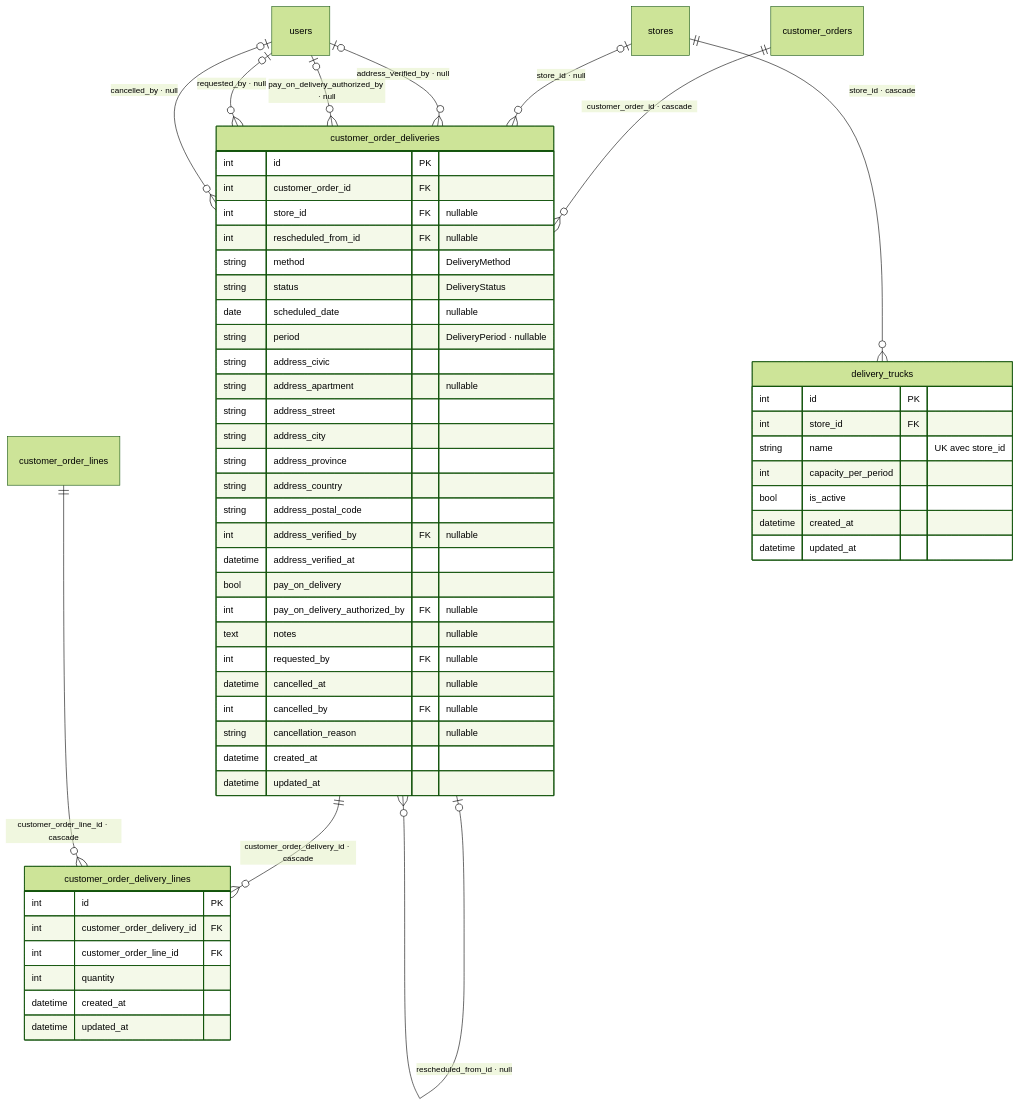
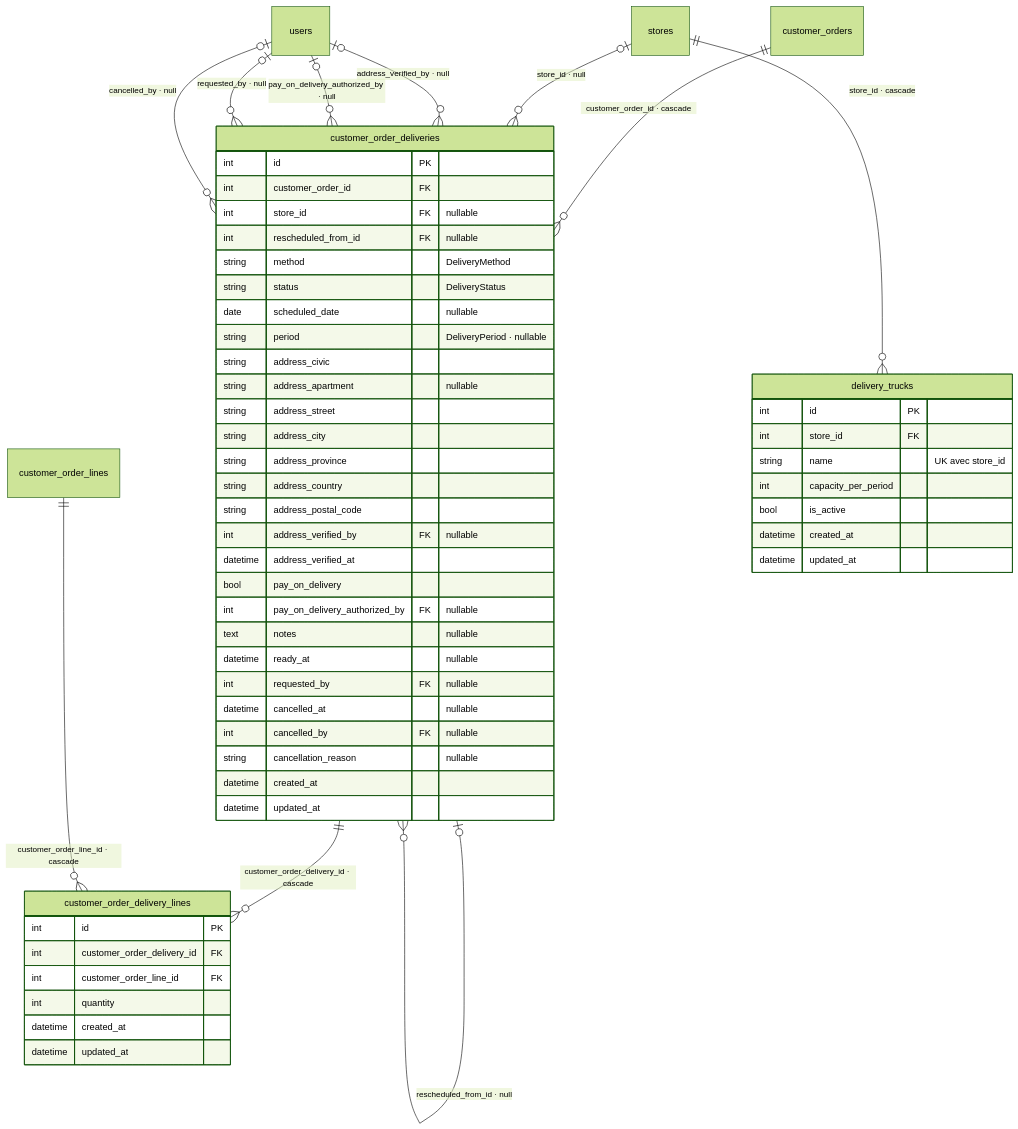
The third of 9 diagrams in dkor/docs/data-model.md (sebastienmarley/dkorpos), drawn with Mermaid (forest theme) before and after one commit. The commit also changed other lines of this file and 36 other files, not shown here.

````diff
--- a/dkor/docs/data-model.md
+++ b/dkor/docs/data-model.md
@@ -281,64 +284,65 @@
 ```mermaid
 erDiagram
     customer_orders ||--o{ customer_order_deliveries : "customer_order_id · cascade"
     stores |o--o{ customer_order_deliveries : "store_id · null"
     customer_order_deliveries |o--o{ customer_order_deliveries : "rescheduled_from_id · null"
     users |o--o{ customer_order_deliveries : "address_verified_by · null"
     users |o--o{ customer_order_deliveries : "pay_on_delivery_authorized_by · null"
     users |o--o{ customer_order_deliveries : "requested_by · null"
     users |o--o{ customer_order_deliveries : "cancelled_by · null"
     customer_order_deliveries ||--o{ customer_order_delivery_lines : "customer_order_delivery_id · cascade"
     customer_order_lines ||--o{ customer_order_delivery_lines : "customer_order_line_id · cascade"
     stores ||--o{ delivery_trucks : "store_id · cascade"
     customer_orders {
     }
     customer_order_lines {
     }
     stores {
     }
     customer_order_deliveries {
         int id PK
         int customer_order_id FK
         int store_id FK "nullable"
         int rescheduled_from_id FK "nullable"
         string method "DeliveryMethod"
         string status "DeliveryStatus"
         date scheduled_date "nullable"
         string period "DeliveryPeriod · nullable"
         string address_civic
         string address_apartment "nullable"
         string address_street
         string address_city
         string address_province
         string address_country
         string address_postal_code
         int address_verified_by FK "nullable"
         datetime address_verified_at
         bool pay_on_delivery
         int pay_on_delivery_authorized_by FK "nullable"
         text notes "nullable"
+        datetime ready_at "nullable"
         int requested_by FK "nullable"
         datetime cancelled_at "nullable"
         int cancelled_by FK "nullable"
         string cancellation_reason "nullable"
         datetime created_at
         datetime updated_at
     }
     customer_order_delivery_lines {
         int id PK
         int customer_order_delivery_id FK
         int customer_order_line_id FK
         int quantity
         datetime created_at
         datetime updated_at
     }
     delivery_trucks {
         int id PK
         int store_id FK
         string name "UK avec store_id"
         int capacity_per_period
         bool is_active
         datetime created_at
         datetime updated_at
     }
 ```
````
